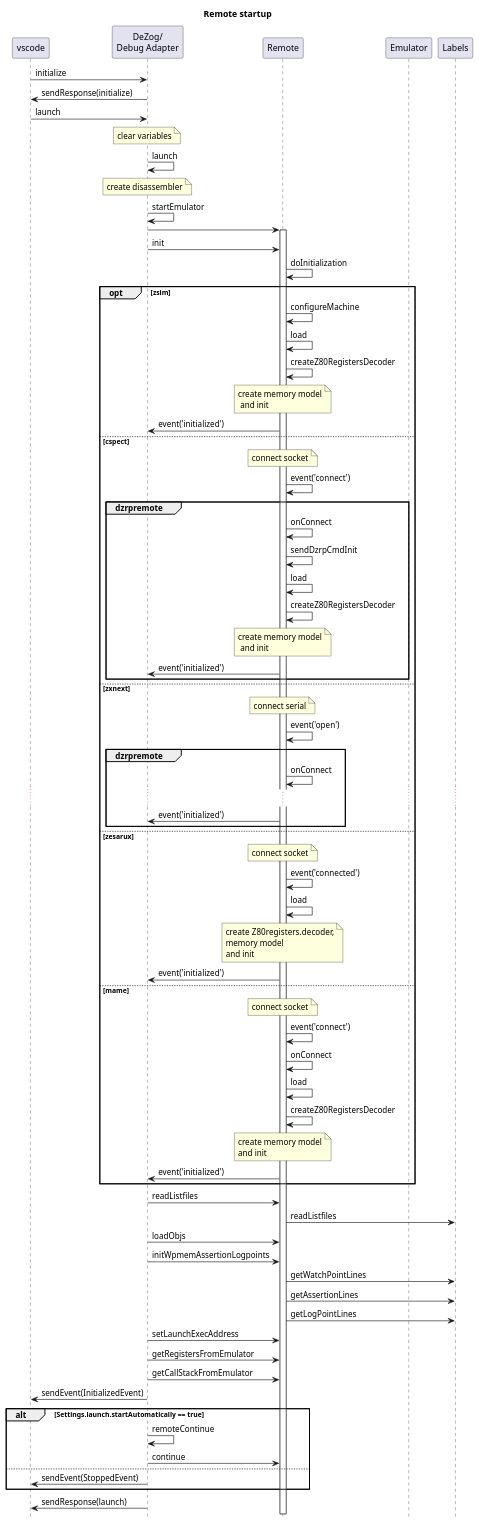
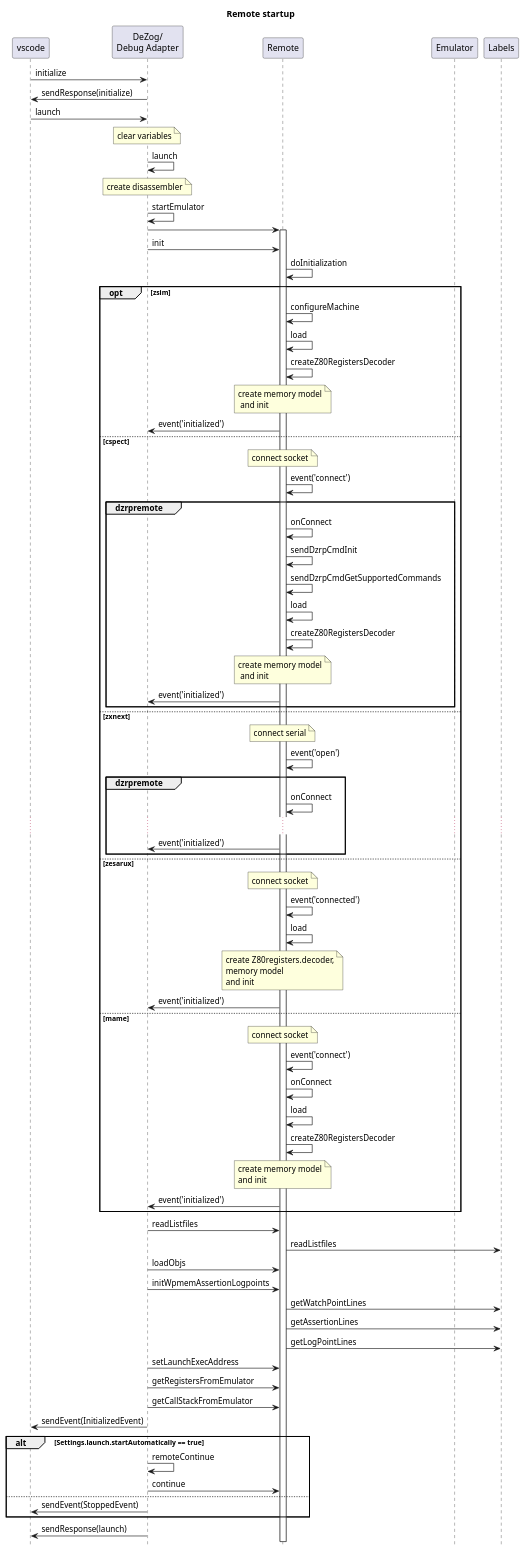
Before and after one commit to maziac/DeZog: the second of 2 diagrams in design/startup.md, drawn with PlantUML. The commit also changed 3 other files, not shown here.

Commit message:
Started to use sendDzrpCmdGetSupportedCommands.

```diff
--- a/design/startup.md
+++ b/design/startup.md
@@ -104,6 +104,7 @@
 	group dzrpremote
 		remote -> remote: onConnect
 		remote -> remote: sendDzrpCmdInit
+		remote -> remote: sendDzrpCmdGetSupportedCommands
 		remote -> remote: load
 		remote -> remote: createZ80RegistersDecoder
 		note over remote: create memory model\n and init
```
